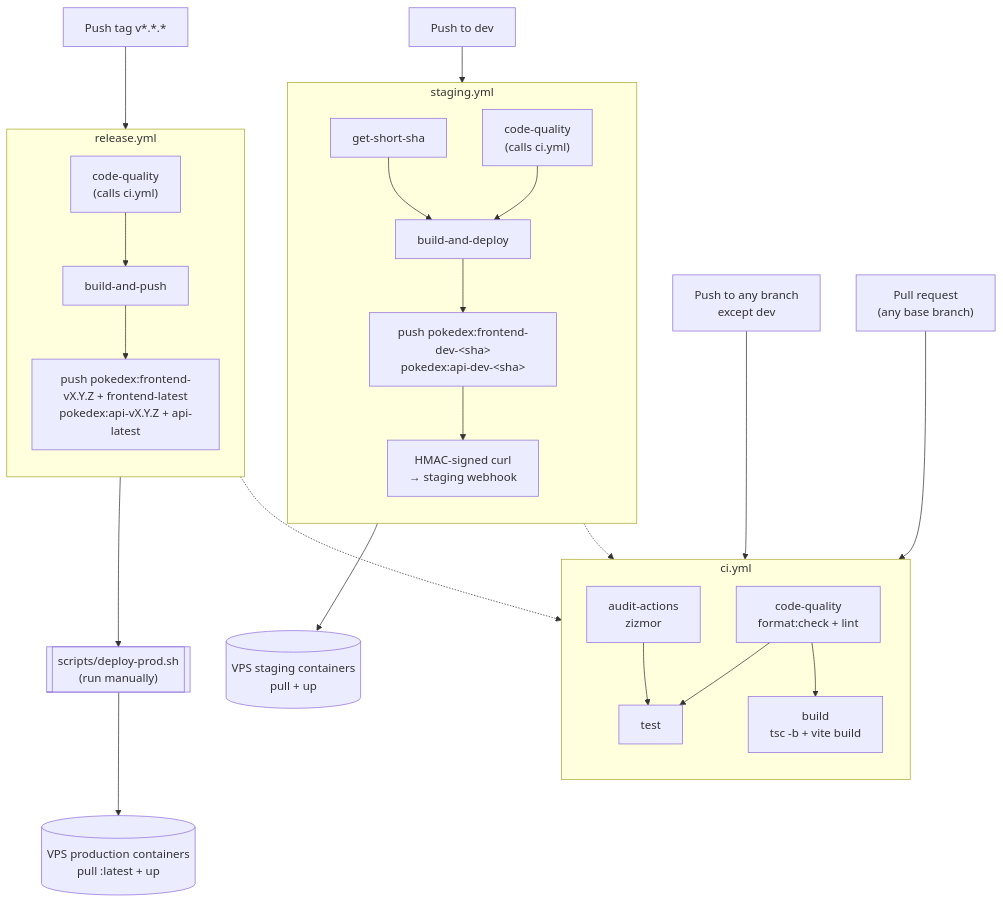
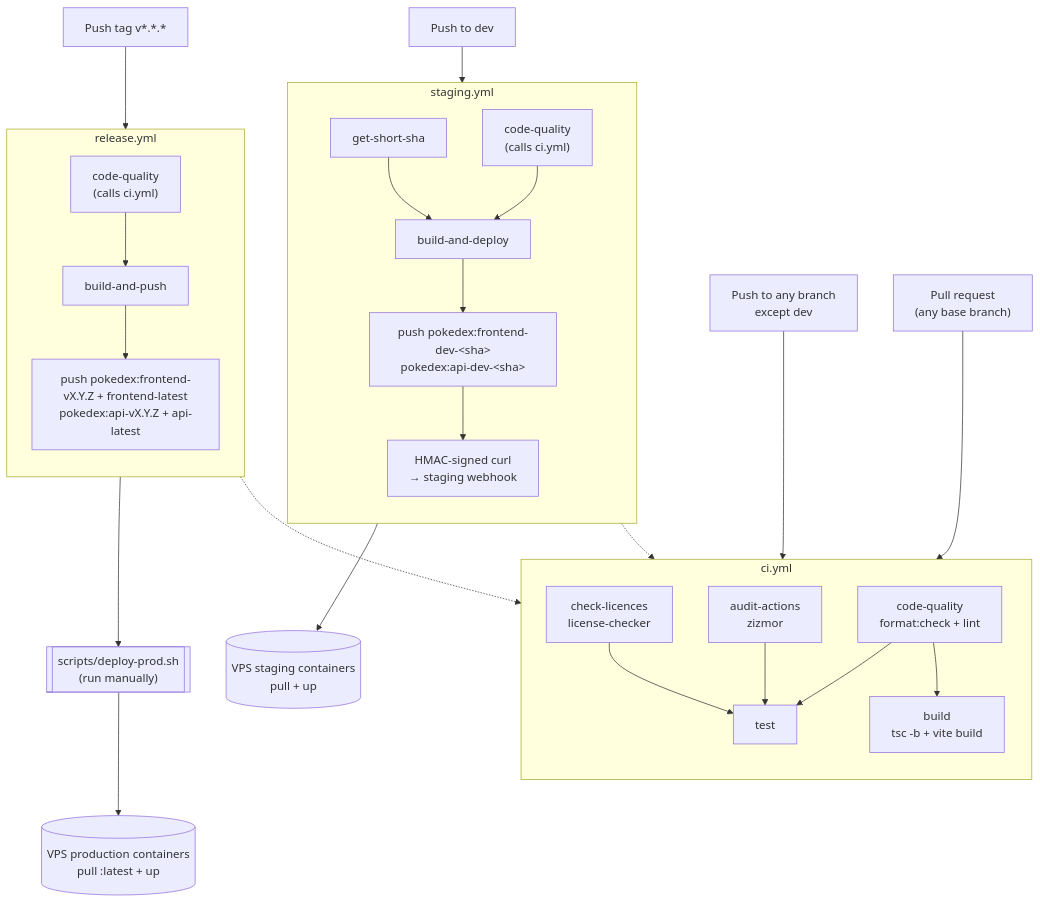
One commit to ddZ6ii/pokedex changed the diagram in README.md. Above: the diagram before and after it, drawn with Mermaid. The commit also changed other lines of this file and 3 other files, not shown here.

First line of the commit message:
ci(licences): add license-checker audit job with documented exceptions

````diff
--- a/README.md
+++ b/README.md
@@ -70,42 +70,43 @@
 ```mermaid
 flowchart TD
     FEAT["Push to any branch<br/>except dev"]
     PR["Pull request<br/>(any base branch)"]
     DEVPUSH["Push to dev"]
     TAGPUSH["Push tag v*.*.*"]
 
     FEAT --> CI
     PR --> CI
 
     subgraph CI["ci.yml"]
         direction TB
         CQ["code-quality<br/>format:check + lint"] --> T["test"]
         AA["audit-actions<br/>zizmor"] --> T
+        CL["check-licences<br/>license-checker"] --> T
         CQ --> B["build<br/>tsc -b + vite build"]
     end
 
     DEVPUSH --> STAGING
 
     subgraph STAGING["staging.yml"]
         direction TB
         SSHA["get-short-sha"]
         SCQ["code-quality<br/>(calls ci.yml)"]
         SSHA --> SSTEP["build-and-deploy"]
         SCQ --> SSTEP
         SSTEP --> SPUSH["push pokedex:frontend-dev-&lt;sha&gt;<br/>pokedex:api-dev-&lt;sha&gt;"]
         SPUSH --> SHOOK["HMAC-signed curl<br/>→ staging webhook"]
     end
     SCQ -.-> CI
     SHOOK --> STAGEVPS[("VPS staging containers<br/>pull + up")]
 
     TAGPUSH --> RELEASE
 
     subgraph RELEASE["release.yml"]
         direction TB
         RCQ["code-quality<br/>(calls ci.yml)"] --> RSTEP["build-and-push"]
         RSTEP --> RPUSH["push pokedex:frontend-vX.Y.Z + frontend-latest<br/>pokedex:api-vX.Y.Z + api-latest"]
     end
     RCQ -.-> CI
     RPUSH --> MANUAL[["scripts/deploy-prod.sh<br/>(run manually)"]]
     MANUAL --> PRODVPS[("VPS production containers<br/>pull :latest + up")]
 ```
````
